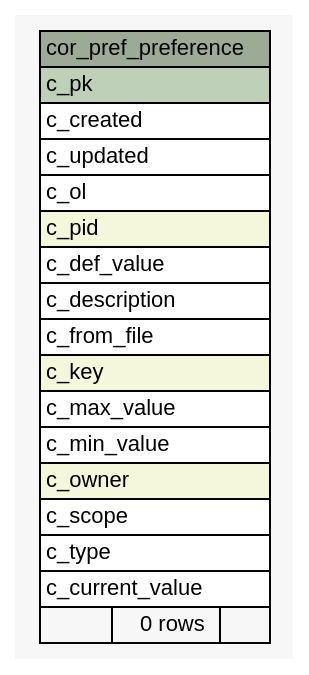
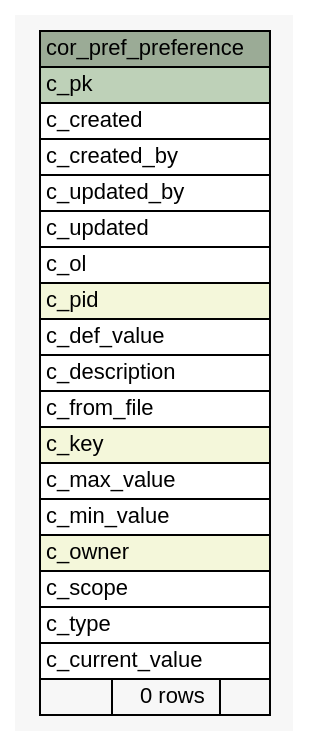
The diagram in 1.0.0-SNAPSHOT/schemaspy/diagrams/summary/cor_pref_preference.1degree.dot (openwms/org.openwms.core.preferences.lib), drawn with Graphviz before and after one commit. The commit also changed 30 other files, not shown here.

```diff
--- a/1.0.0-SNAPSHOT/schemaspy/diagrams/summary/cor_pref_preference.1degree.dot
+++ b/1.0.0-SNAPSHOT/schemaspy/diagrams/summary/cor_pref_preference.1degree.dot
@@ -1,44 +1,46 @@
 // dot 2.43.0 on Linux 5.13.0-1023-azure
 // SchemaSpy rev Unknown
 digraph "cor_pref_preference" {
   graph [
     rankdir="RL"
     bgcolor="#f7f7f7"
     nodesep="0.18"
     ranksep="0.46"
     fontname="Helvetica"
     fontsize="11"
   ];
   node [
     fontname="Helvetica"
     fontsize="11"
     shape="plaintext"
   ];
   edge [
     arrowsize="0.8"
   ];
   "cor_pref_preference" [
     label=<
     <TABLE BORDER="0" CELLBORDER="1" CELLSPACING="0" BGCOLOR="#ffffff">
       <TR><TD COLSPAN="3" BGCOLOR="#9bab96" ALIGN="CENTER">cor_pref_preference</TD></TR>
       <TR><TD PORT="c_pk" COLSPAN="3" BGCOLOR="#bed1b8" ALIGN="LEFT">c_pk</TD></TR>
       <TR><TD PORT="c_created" COLSPAN="3" ALIGN="LEFT">c_created</TD></TR>
+      <TR><TD PORT="c_created_by" COLSPAN="3" ALIGN="LEFT">c_created_by</TD></TR>
+      <TR><TD PORT="c_updated_by" COLSPAN="3" ALIGN="LEFT">c_updated_by</TD></TR>
       <TR><TD PORT="c_updated" COLSPAN="3" ALIGN="LEFT">c_updated</TD></TR>
       <TR><TD PORT="c_ol" COLSPAN="3" ALIGN="LEFT">c_ol</TD></TR>
       <TR><TD PORT="c_pid" COLSPAN="3" BGCOLOR="#f4f7da" ALIGN="LEFT">c_pid</TD></TR>
       <TR><TD PORT="c_def_value" COLSPAN="3" ALIGN="LEFT">c_def_value</TD></TR>
       <TR><TD PORT="c_description" COLSPAN="3" ALIGN="LEFT">c_description</TD></TR>
       <TR><TD PORT="c_from_file" COLSPAN="3" ALIGN="LEFT">c_from_file</TD></TR>
       <TR><TD PORT="c_key" COLSPAN="3" BGCOLOR="#f4f7da" ALIGN="LEFT">c_key</TD></TR>
       <TR><TD PORT="c_max_value" COLSPAN="3" ALIGN="LEFT">c_max_value</TD></TR>
       <TR><TD PORT="c_min_value" COLSPAN="3" ALIGN="LEFT">c_min_value</TD></TR>
       <TR><TD PORT="c_owner" COLSPAN="3" BGCOLOR="#f4f7da" ALIGN="LEFT">c_owner</TD></TR>
       <TR><TD PORT="c_scope" COLSPAN="3" ALIGN="LEFT">c_scope</TD></TR>
       <TR><TD PORT="c_type" COLSPAN="3" ALIGN="LEFT">c_type</TD></TR>
       <TR><TD PORT="c_current_value" COLSPAN="3" ALIGN="LEFT">c_current_value</TD></TR>
       <TR><TD ALIGN="LEFT" BGCOLOR="#f7f7f7">  </TD><TD ALIGN="RIGHT" BGCOLOR="#f7f7f7">0 rows</TD><TD ALIGN="RIGHT" BGCOLOR="#f7f7f7">  </TD></TR>
     </TABLE>>
     URL="tables/cor_pref_preference.html"
     tooltip="cor_pref_preference"
   ];
 }
```
